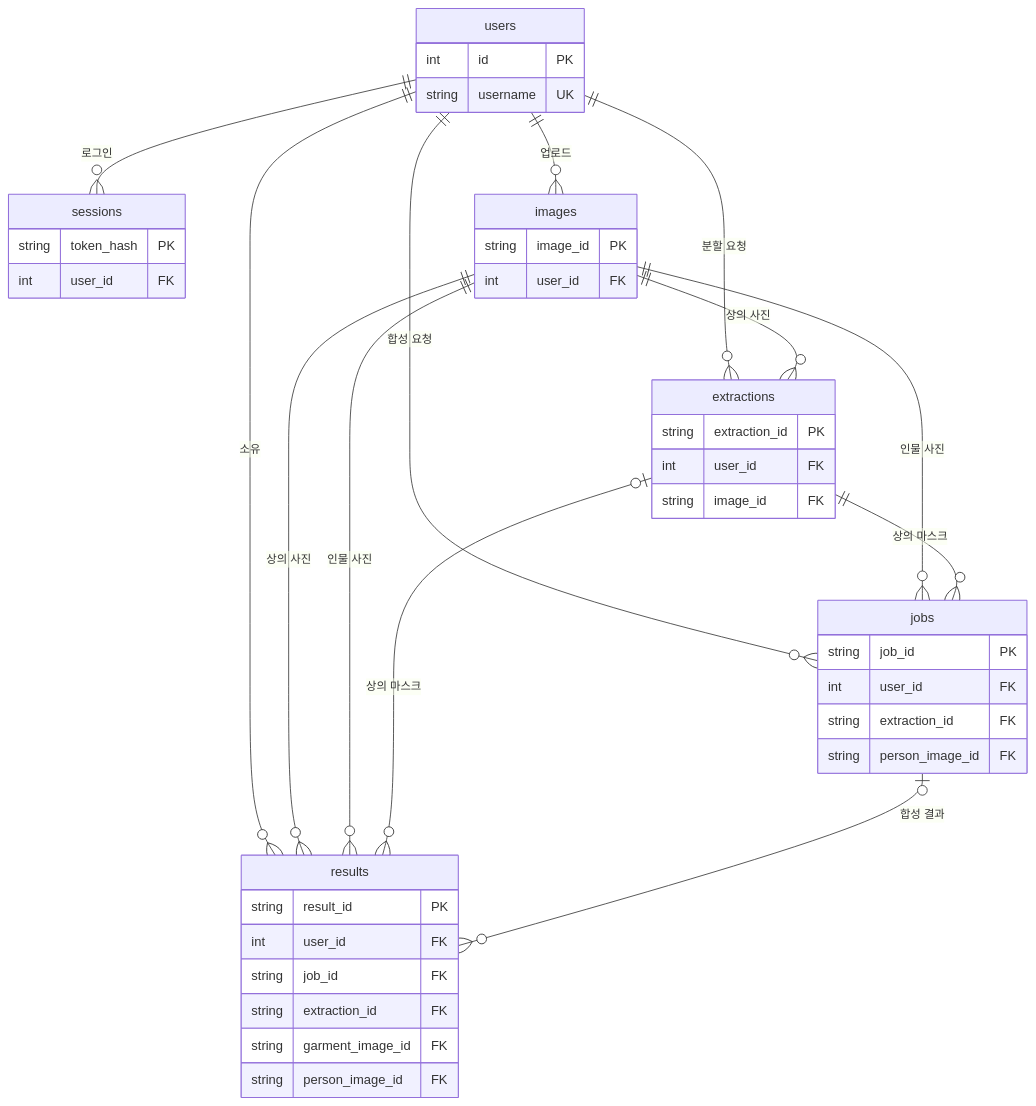
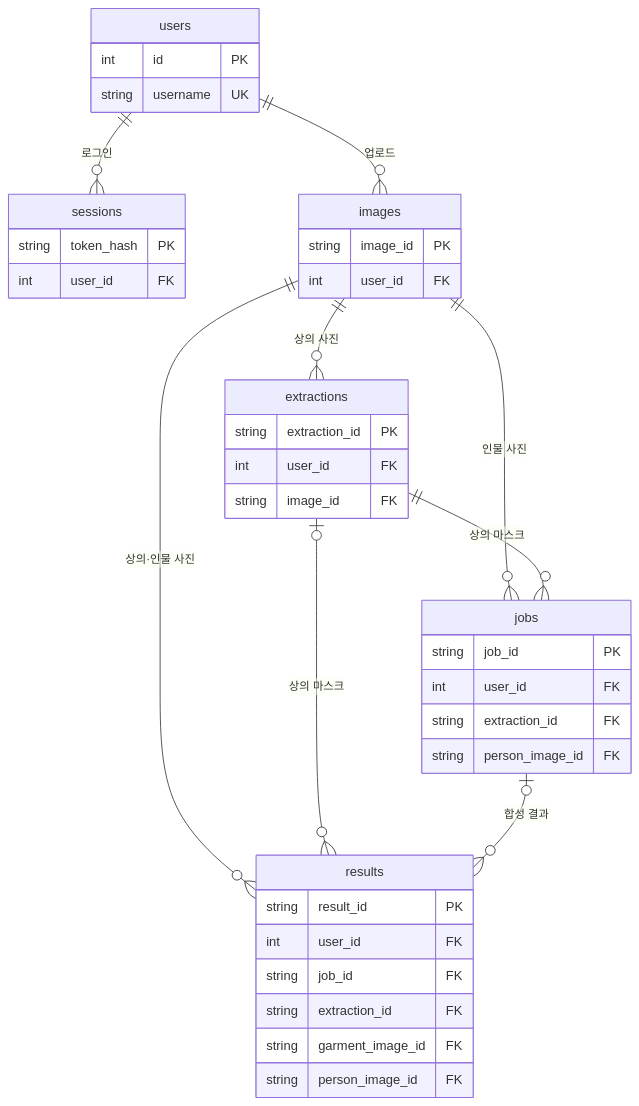
One commit to Jenny5789/CGI_MOA changed the third of 4 diagrams in README.md. Above: the diagram before and after it, drawn with Mermaid. The commit also changed other lines of this file, not shown here.

````diff
--- a/README.md
+++ b/README.md
@@ -115,47 +143,43 @@
 ```mermaid
 erDiagram
     users ||--o{ sessions : "로그인"
     users ||--o{ images : "업로드"
-    users ||--o{ extractions : "분할 요청"
-    users ||--o{ jobs : "합성 요청"
-    users ||--o{ results : "소유"
     images ||--o{ extractions : "상의 사진"
     images ||--o{ jobs : "인물 사진"
-    images ||--o{ results : "상의 사진"
-    images ||--o{ results : "인물 사진"
     extractions ||--o{ jobs : "상의 마스크"
+    images ||--o{ results : "상의·인물 사진"
     extractions |o--o{ results : "상의 마스크"
     jobs |o--o{ results : "합성 결과"
 
     users {
         int id PK
         string username UK
     }
     sessions {
         string token_hash PK
         int user_id FK
     }
     images {
         string image_id PK
         int user_id FK
     }
     extractions {
         string extraction_id PK
         int user_id FK
         string image_id FK
     }
     jobs {
         string job_id PK
         int user_id FK
         string extraction_id FK
         string person_image_id FK
     }
     results {
         string result_id PK
         int user_id FK
         string job_id FK
         string extraction_id FK
         string garment_image_id FK
         string person_image_id FK
     }
 ```
````
